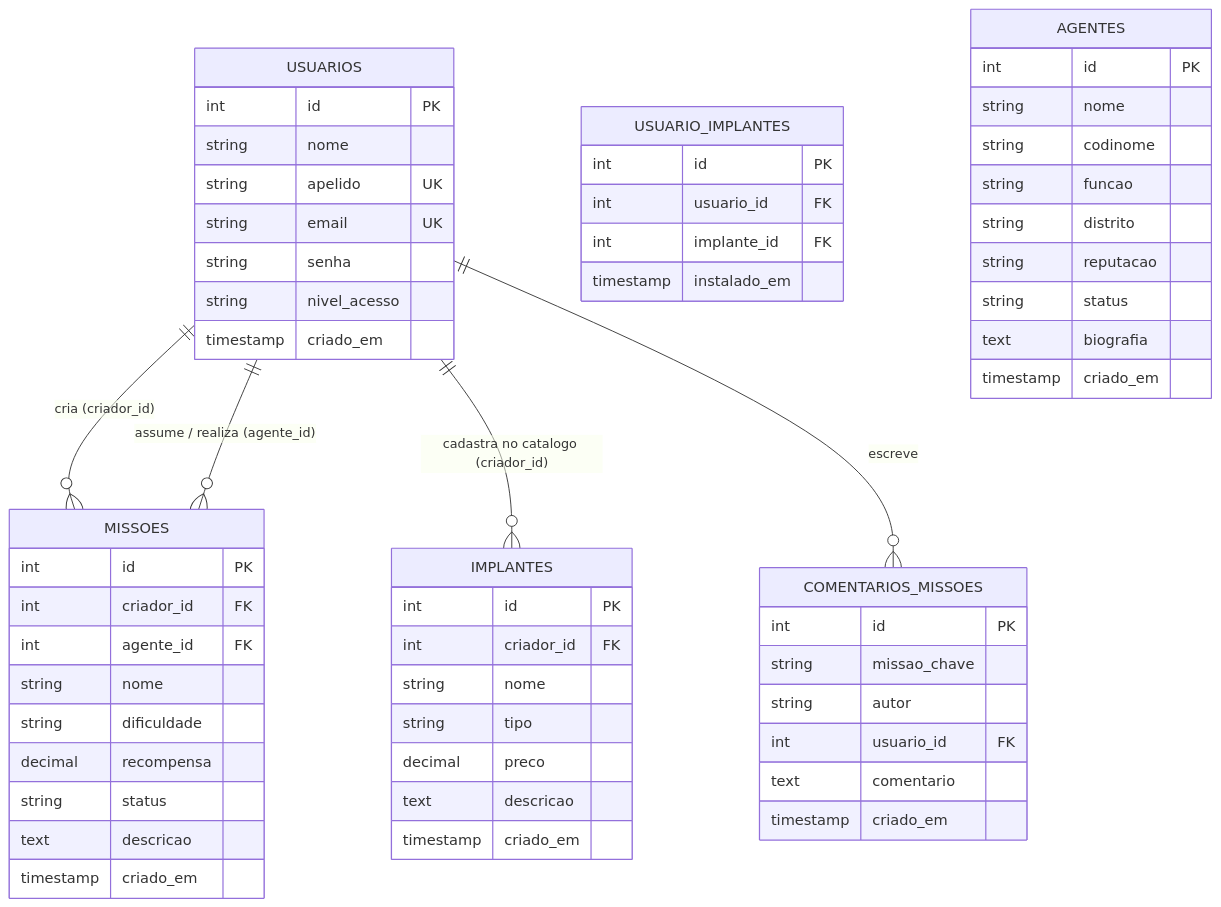
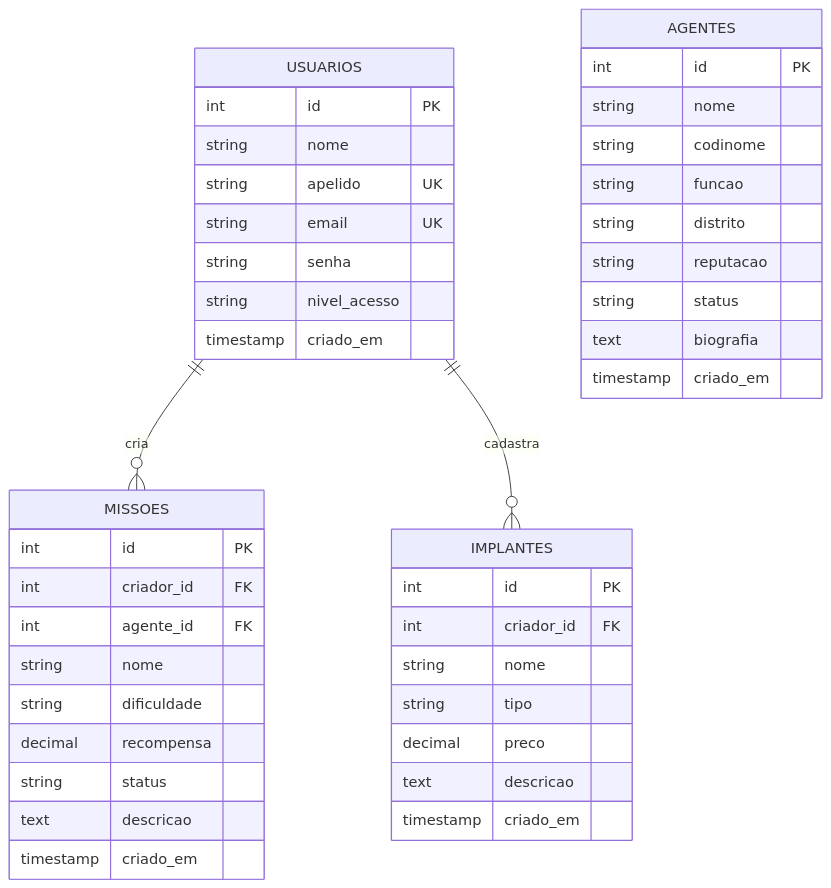
The diagram in README.md (gelogeladofl/Cyber-Nexus), drawn with Mermaid before and after one commit. The commit also changed other lines of this file and 9 other files, not shown here.

````diff
--- a/README.md
+++ b/README.md
@@ -84,70 +80,51 @@
 ```mermaid
+
 erDiagram
-
     USUARIOS {
         int id PK
         string nome
         string apelido UK
         string email UK
         string senha
         string nivel_acesso
         timestamp criado_em
     }
 
     MISSOES {
         int id PK
         int criador_id FK
         int agente_id FK
         string nome
         string dificuldade
         decimal recompensa
         string status
         text descricao
         timestamp criado_em
     }
 
     IMPLANTES {
         int id PK
         int criador_id FK
         string nome
         string tipo
         decimal preco
         text descricao
         timestamp criado_em
     }
 
-    USUARIO_IMPLANTES {
-        int id PK
-        int usuario_id FK
-        int implante_id FK
-        timestamp instalado_em
-    }
-
     AGENTES {
         int id PK
         string nome
         string codinome
         string funcao
         string distrito
         string reputacao
         string status
         text biografia
         timestamp criado_em
     }
 
-    COMENTARIOS_MISSOES {
-        int id PK
-        string missao_chave
-        string autor
-        int usuario_id FK
-        text comentario
-        timestamp criado_em
-    }
-
-    USUARIOS ||--o{ MISSOES : "cria (criador_id)"
-    USUARIOS ||--o{ MISSOES : "assume / realiza (agente_id)"
-    USUARIOS ||--o{ IMPLANTES : "cadastra no catalogo (criador_id)"
-    USUARIOS ||--o{ COMENTARIOS_MISSOES : "escreve"
-
+    USUARIOS ||--o{ MISSOES : "cria"
+    USUARIOS ||--o{ IMPLANTES : "cadastra"
 
 ```
````
